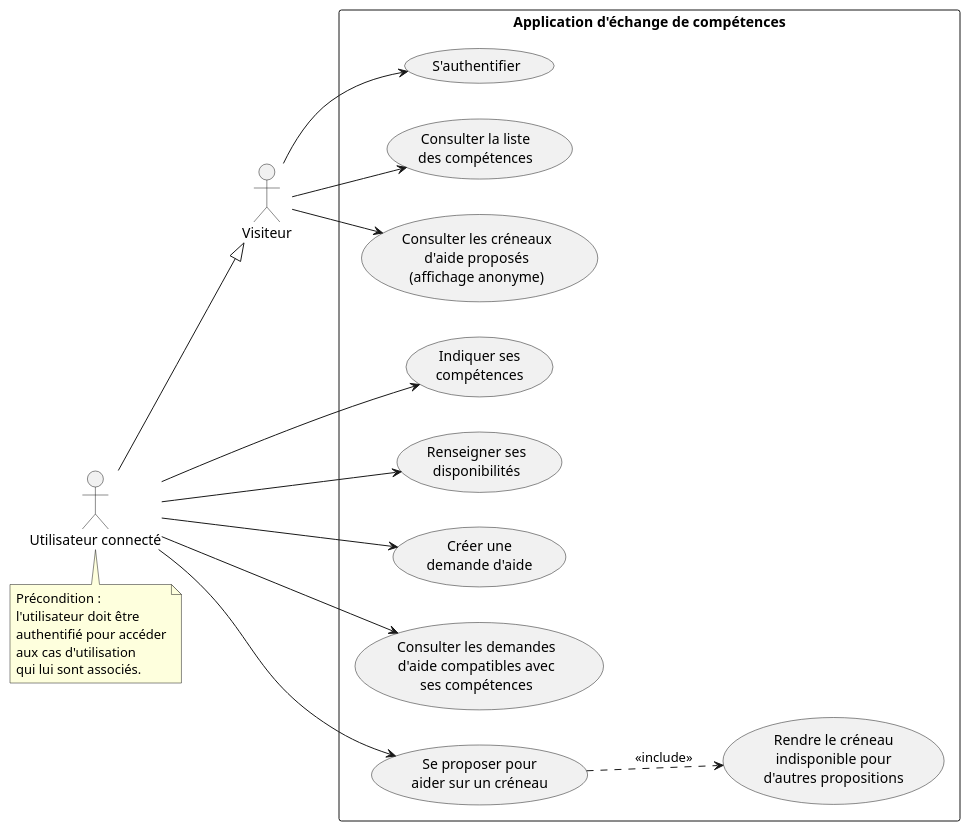
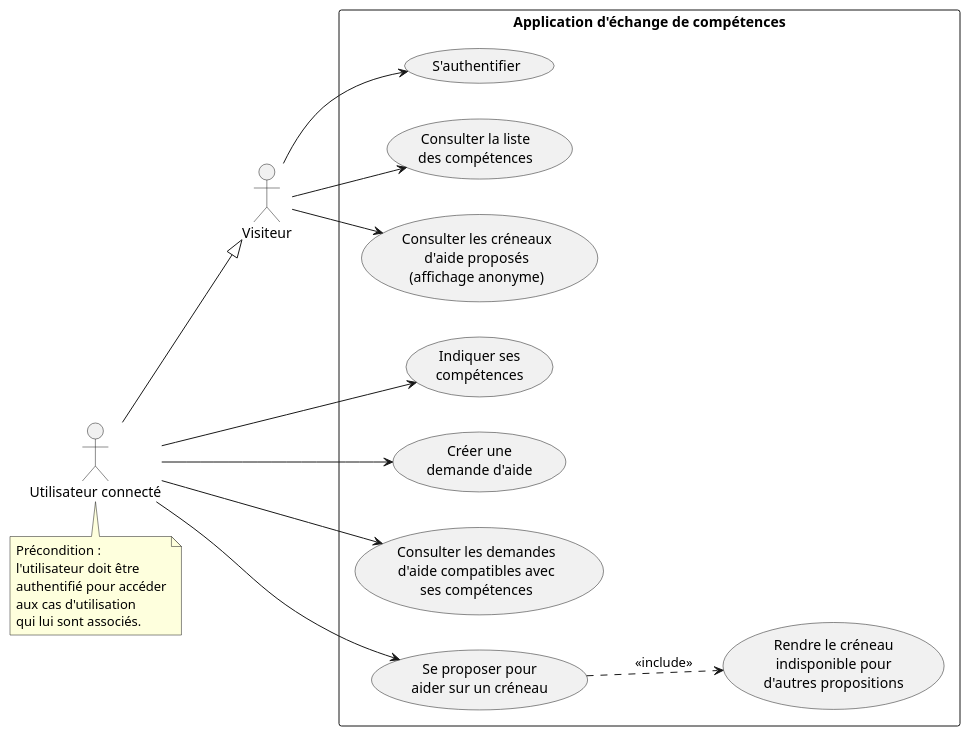
One commit to ArnaudD-fms/Eval_web_python changed the diagram in UML/usecase_diagram.puml. Above: the diagram before and after it, drawn with PlantUML. The commit also changed 2 other files, not shown here.

Commit message:
Diagramme de classe

```diff
--- a/UML/usecase_diagram.puml
+++ b/UML/usecase_diagram.puml
@@ -2,51 +2,48 @@
 @startuml
 left to right direction
 skinparam packageStyle rectangle
 
 actor "Visiteur" as V
 actor "Utilisateur connecté" as U
 
 U --|> V
 
 rectangle "Application d'échange de compétences" {
 
-  usecase "S'authentifier" as UC0
+  usecase "S'authentifier" as UC1
 
-  usecase "Consulter la liste\ndes compétences" as UC1
+  usecase "Consulter la liste\ndes compétences" as UC2
 
-  usecase "Consulter les créneaux\nd'aide proposés\n(affichage anonyme)" as UC2
+  usecase "Consulter les créneaux\nd'aide proposés\n(affichage anonyme)" as UC3
 
-  usecase "Indiquer ses\ncompétences" as UC3
-
-  usecase "Renseigner ses\ndisponibilités" as UC4
+  usecase "Indiquer ses\ncompétences" as UC4
 
   usecase "Créer une\ndemande d'aide" as UC5
 
   usecase "Consulter les demandes\nd'aide compatibles avec\nses compétences" as UC6
 
   usecase "Se proposer pour\naider sur un créneau" as UC7
 
   usecase "Rendre le créneau\nindisponible pour\nd'autres propositions" as UC8
 }
 
-V --> UC0
 V --> UC1
 V --> UC2
+V --> UC3
 
-U --> UC3
 U --> UC4
 U --> UC5
 U --> UC6
 U --> UC7
 
 UC7 ..> UC8 : <<include>>
 
 note bottom of U
   Précondition :
   l'utilisateur doit être
   authentifié pour accéder
   aux cas d'utilisation
   qui lui sont associés.
 end note
 
 @enduml
```
